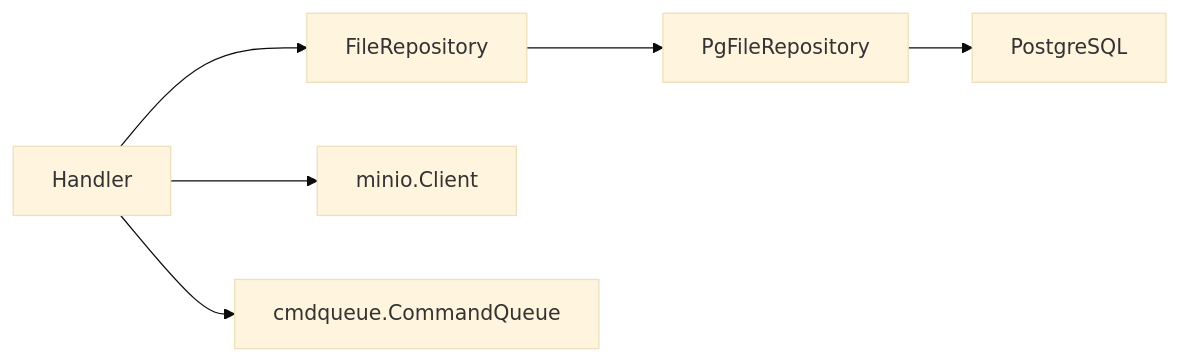
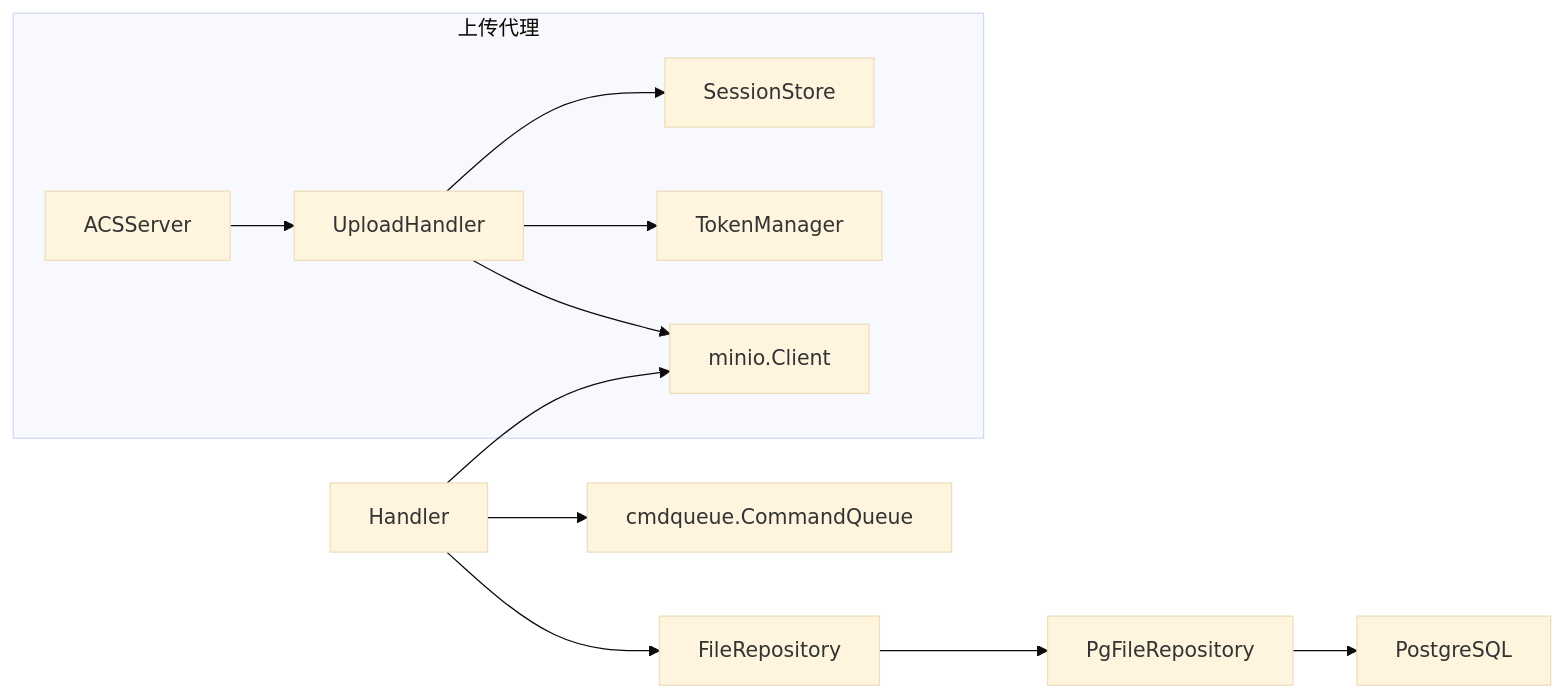
Before and after one commit to bixinhaner/xomc: the ninth of 9 diagrams in .qoder/repowiki/zh/content/核心模块/文件管理模块/文件管理模块.md, drawn with Mermaid (base theme). The commit also changed other lines of this file and 4 other files, not shown here.

````diff
--- a/.qoder/repowiki/zh/content/核心模块/文件管理模块/文件管理模块.md
+++ b/.qoder/repowiki/zh/content/核心模块/文件管理模块/文件管理模块.md
@@ -329,8 +422,14 @@
 ```mermaid
 graph LR
 Handler["Handler"] --> Repo["FileRepository"]
 Handler --> MinIO["minio.Client"]
 Handler --> CmdQ["cmdqueue.CommandQueue"]
 Repo --> PgRepo["PgFileRepository"]
 PgRepo --> DB["PostgreSQL"]
+subgraph "上传代理"
+ACS["ACSServer"] --> UploadHandler["UploadHandler"]
+UploadHandler --> MinIO
+UploadHandler --> TokenMgr["TokenManager"]
+UploadHandler --> SessionStore["SessionStore"]
+end
 ```
````
